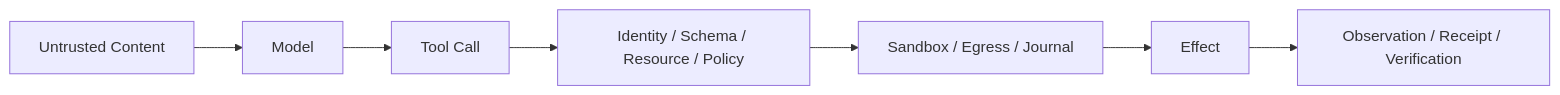
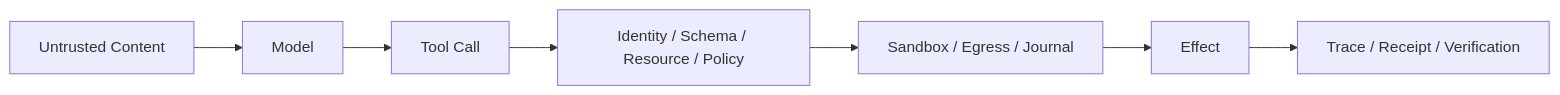
The diagram in docs/book/zh-CN/07-security-governance/01-threat-model.md (fwtllh-png/CodeHelper), drawn with Mermaid before and after one commit. The commit also changed other lines of this file and 381 other files, not shown here.

````diff
--- a/docs/book/zh-CN/07-security-governance/01-threat-model.md
+++ b/docs/book/zh-CN/07-security-governance/01-threat-model.md
@@ -55,9 +54,9 @@
 ```mermaid
 flowchart LR
     U[Untrusted Content] --> M[Model]
     M --> C[Tool Call]
     C --> G[Identity / Schema / Resource / Policy]
     G --> S[Sandbox / Egress / Journal]
     S --> E[Effect]
-    E --> R[Observation / Receipt / Verification]
+    E --> R[Trace / Receipt / Verification]
 ```
````
